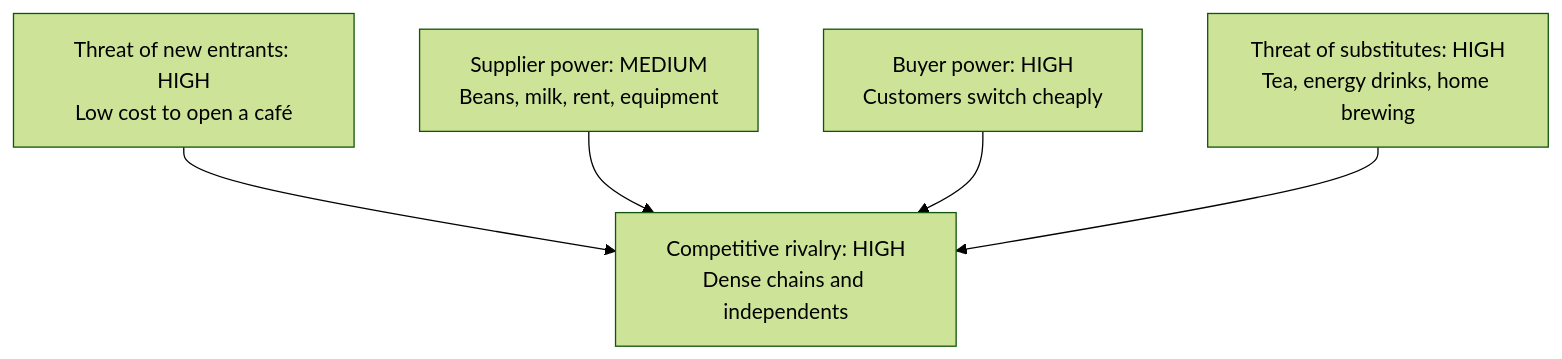
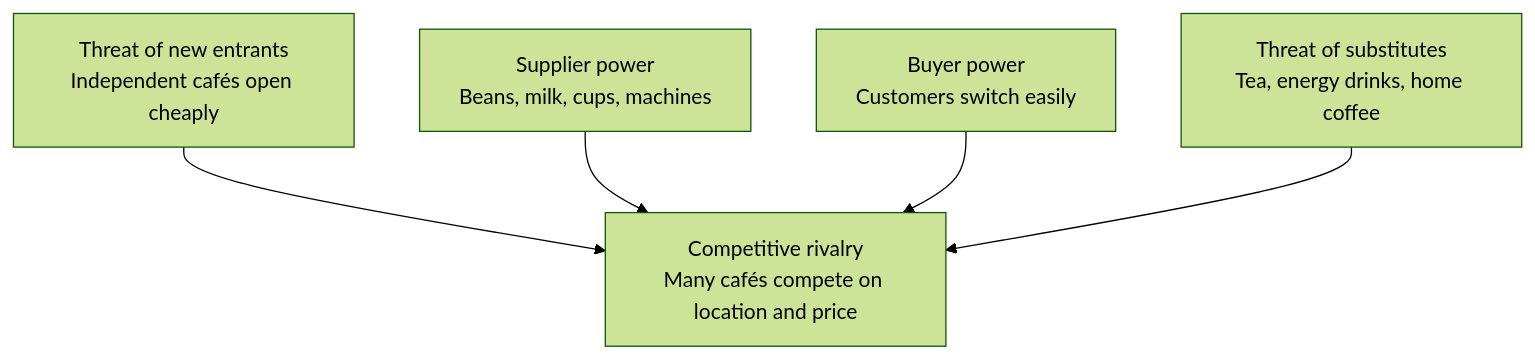
Before and after one commit to vrevolverrr/vicher: the diagram in eval/figure/generated/haiku/b-five-forces.md, drawn with Mermaid (forest theme). The commit also changed other lines of this file and 105 other files, not shown here.

Commit message:
test(eval): regenerate the figure replies under the final prompt

````diff
--- a/eval/figure/generated/haiku/b-five-forces.md
+++ b/eval/figure/generated/haiku/b-five-forces.md
@@ -1,12 +1,12 @@
 ```mermaid
 flowchart TB
-  NE["Threat of new entrants: HIGH<br/>Low cost to open a café"]
-  SUP["Supplier power: MEDIUM<br/>Beans, milk, rent, equipment"]
-  BUY["Buyer power: HIGH<br/>Customers switch cheaply"]
-  SUB["Threat of substitutes: HIGH<br/>Tea, energy drinks, home brewing"]
-  RIV["Competitive rivalry: HIGH<br/>Dense chains and independents"]
-  NE --> RIV
-  SUP --> RIV
-  BUY --> RIV
-  SUB --> RIV
+    NE["Threat of new entrants<br/>Independent cafés open cheaply"]
+    SP["Supplier power<br/>Beans, milk, cups, machines"]
+    BP["Buyer power<br/>Customers switch easily"]
+    SU["Threat of substitutes<br/>Tea, energy drinks, home coffee"]
+    RV["Competitive rivalry<br/>Many cafés compete on location and price"]
+    NE --> RV
+    SP --> RV
+    BP --> RV
+    SU --> RV
 ```
````
